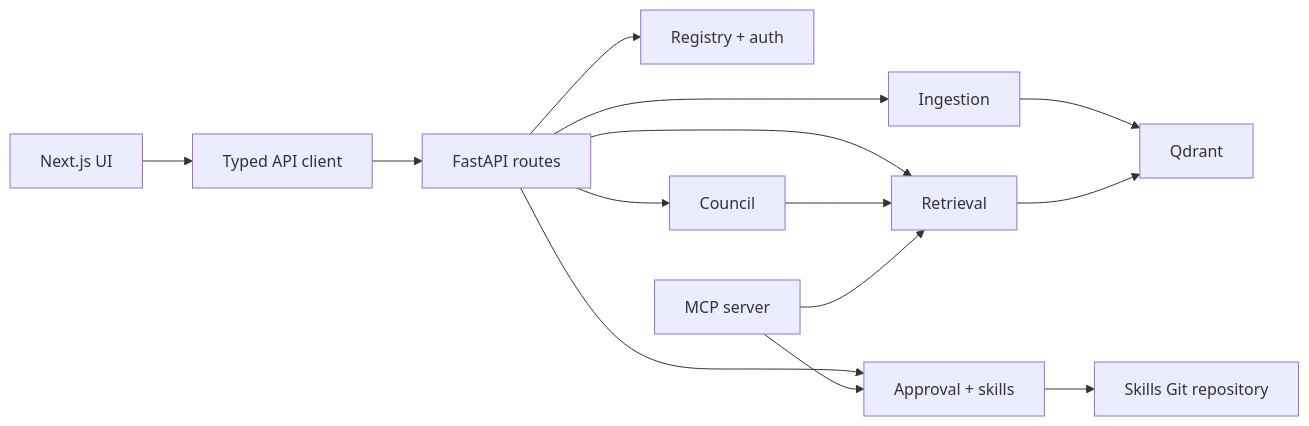
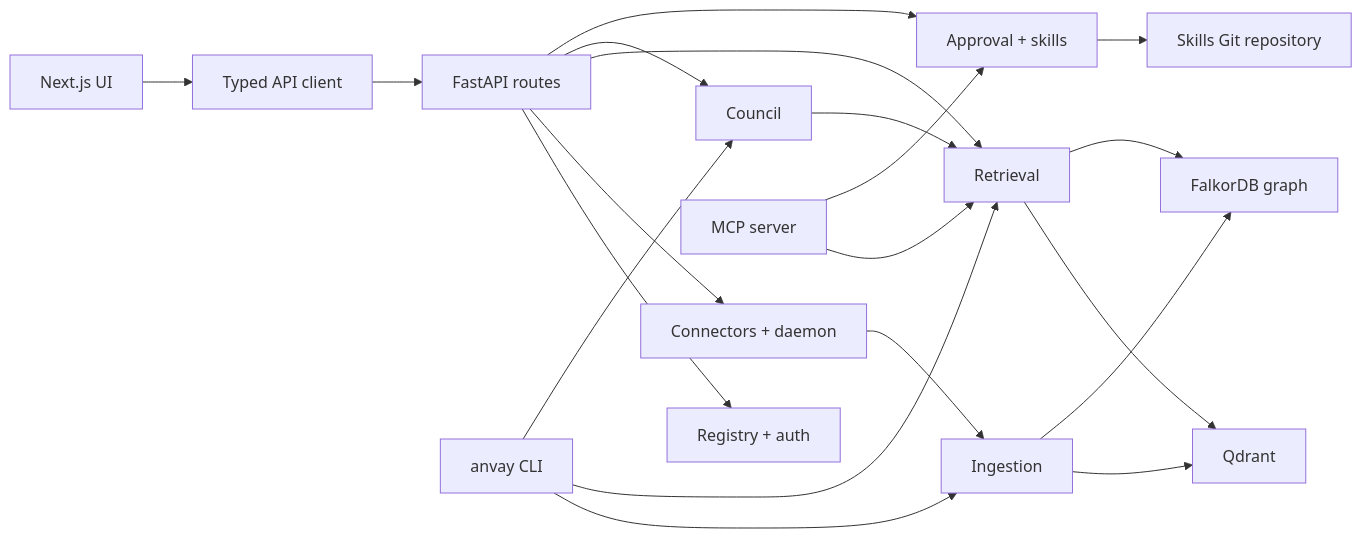
The first of 2 diagrams in content/docs/contributing.mdx (0xaeres/anvay-docs), drawn with Mermaid before and after one commit. The commit also changed other lines of this file and 6 other files, not shown here.

````diff
--- a/content/docs/contributing.mdx
+++ b/content/docs/contributing.mdx
@@ -14,16 +14,22 @@
 ```mermaid
 flowchart LR
   UI["Next.js UI"] --> Client["Typed API client"]
   Client --> Routes["FastAPI routes"]
   Routes --> Registry["Registry + auth"]
-  Routes --> Ingest["Ingestion"]
+  Routes --> Connectors["Connectors + daemon"]
+  Connectors --> Ingest["Ingestion"]
   Routes --> Retrieval["Retrieval"]
   Routes --> Council["Council"]
   Routes --> Skills["Approval + skills"]
   Council --> Retrieval
   Ingest --> Qdrant["Qdrant"]
+  Ingest --> Graph["FalkorDB graph"]
   Retrieval --> Qdrant
+  Retrieval --> Graph
   Skills --> Git["Skills Git repository"]
   MCP["MCP server"] --> Retrieval
   MCP --> Skills
+  CLI["anvay CLI"] --> Ingest
+  CLI --> Retrieval
+  CLI --> Council
 ```
````
